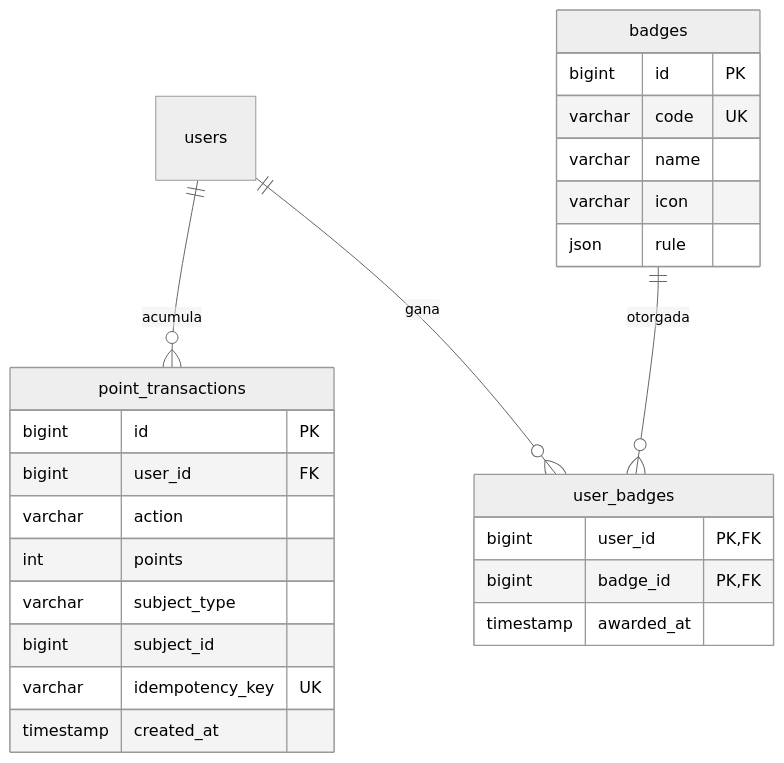
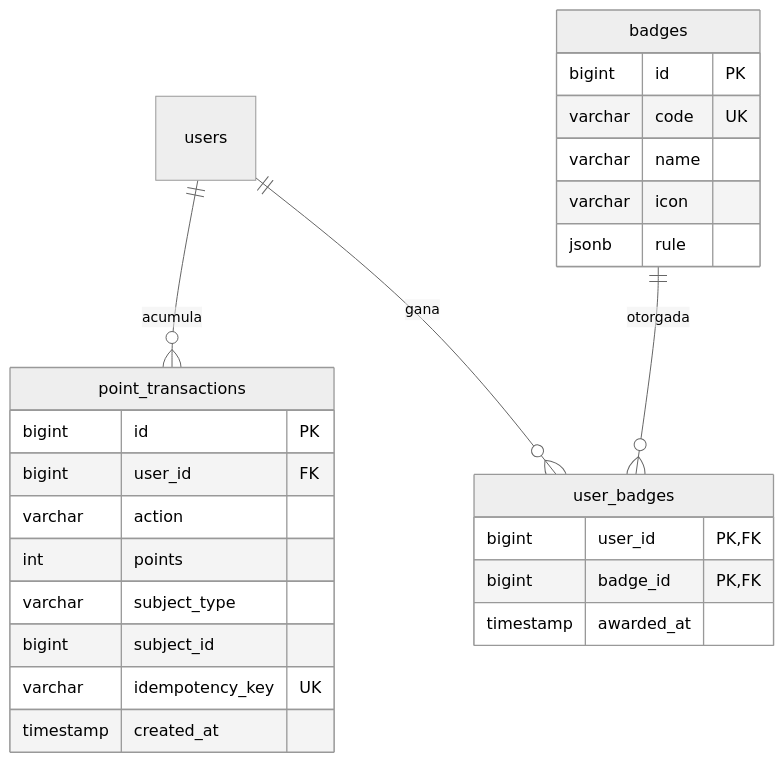
Before and after one commit to zStrikke/zBooks: the third of 5 diagrams in docs/diagramas/06-er.md, drawn with Mermaid (neutral theme). The commit also changed other lines of this file and 12 other files, not shown here.

````diff
--- a/docs/diagramas/06-er.md
+++ b/docs/diagramas/06-er.md
@@ -112,29 +127,29 @@
 ```mermaid
 erDiagram
     users ||--o{ point_transactions : "acumula"
     users ||--o{ user_badges : "gana"
     badges ||--o{ user_badges : "otorgada"
 
     point_transactions {
         bigint id PK
         bigint user_id FK
         varchar action
         int points
         varchar subject_type
         bigint subject_id
         varchar idempotency_key UK
         timestamp created_at
     }
     badges {
         bigint id PK
         varchar code UK
         varchar name
         varchar icon
-        json rule
+        jsonb rule
     }
     user_badges {
         bigint user_id PK,FK
         bigint badge_id PK,FK
         timestamp awarded_at
     }
 ```
````
